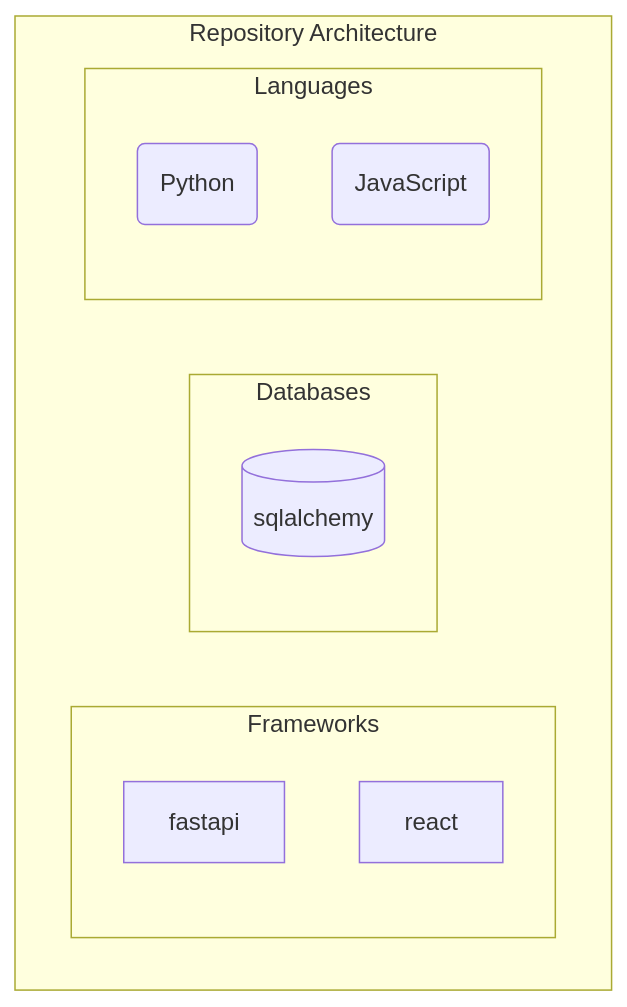
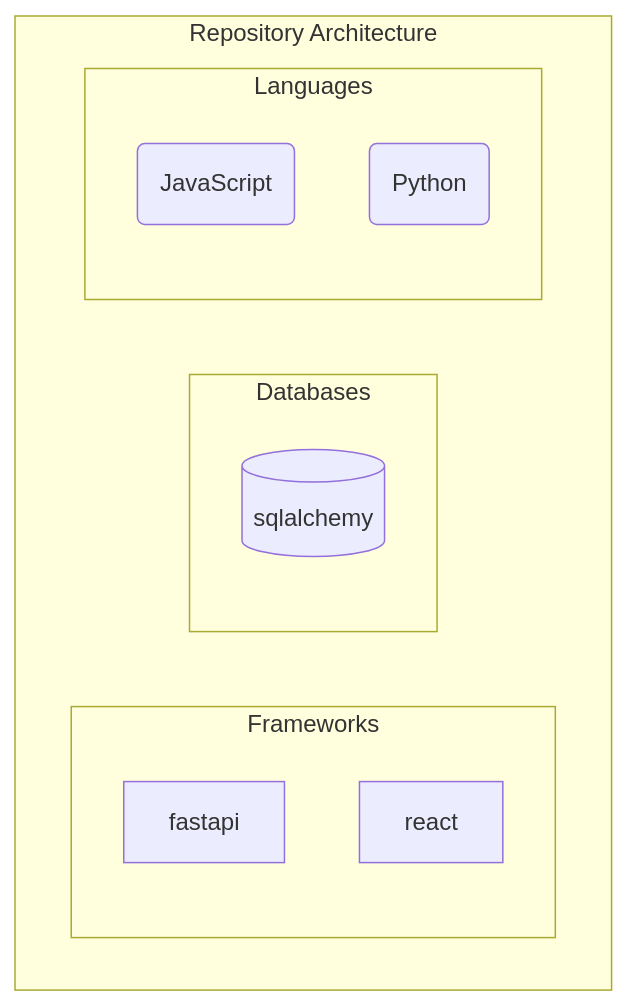
The first of 2 diagrams in README.md (NITISH-R-G/INFOSYS-SPRINGBOARD), drawn with Mermaid before and after one commit. The commit also changed 3 other files, not shown here.

Commit message:
docs: auto-update repository documentation and graphs

````diff
--- a/README.md
+++ b/README.md
@@ -20,16 +20,16 @@
 ```mermaid
 graph TD
     subgraph Repository Architecture
         subgraph Frameworks
             F0[fastapi]
             F1[react]
         end
         subgraph Databases
             D0[(sqlalchemy)]
         end
         subgraph Languages
-            L0(Python)
-            L1(JavaScript)
+            L0(JavaScript)
+            L1(Python)
         end
     end
 ```
````
